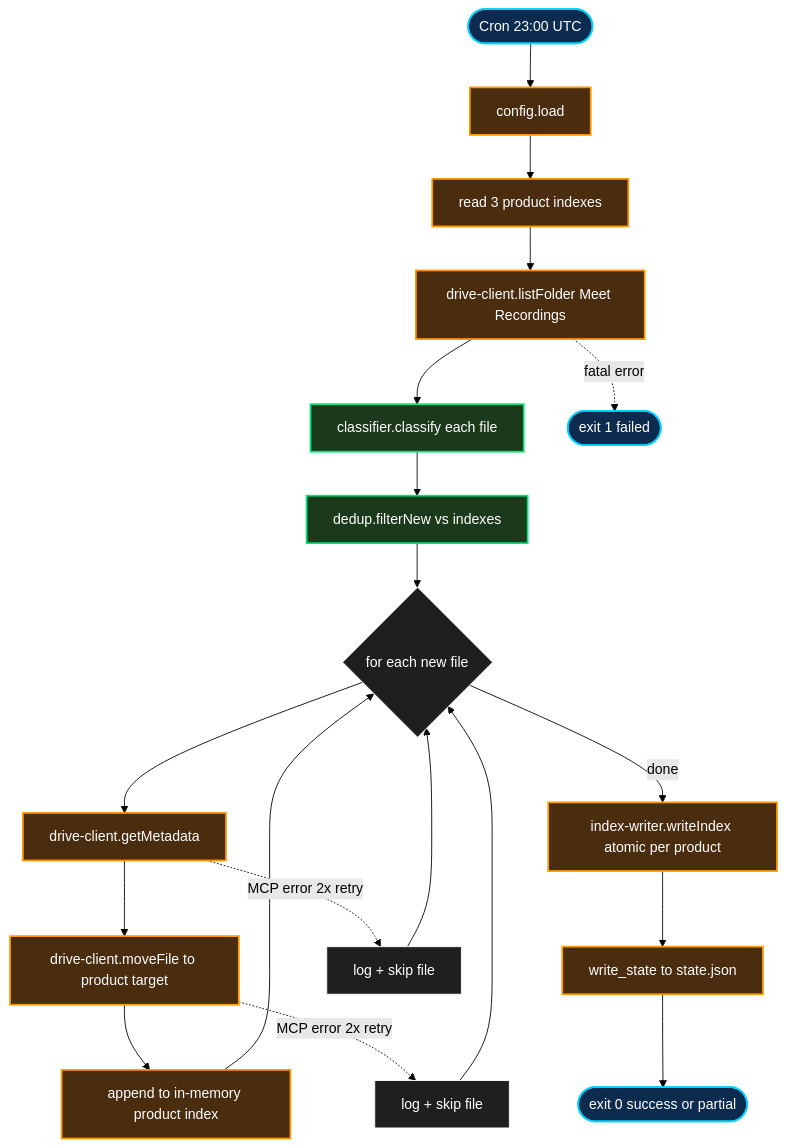
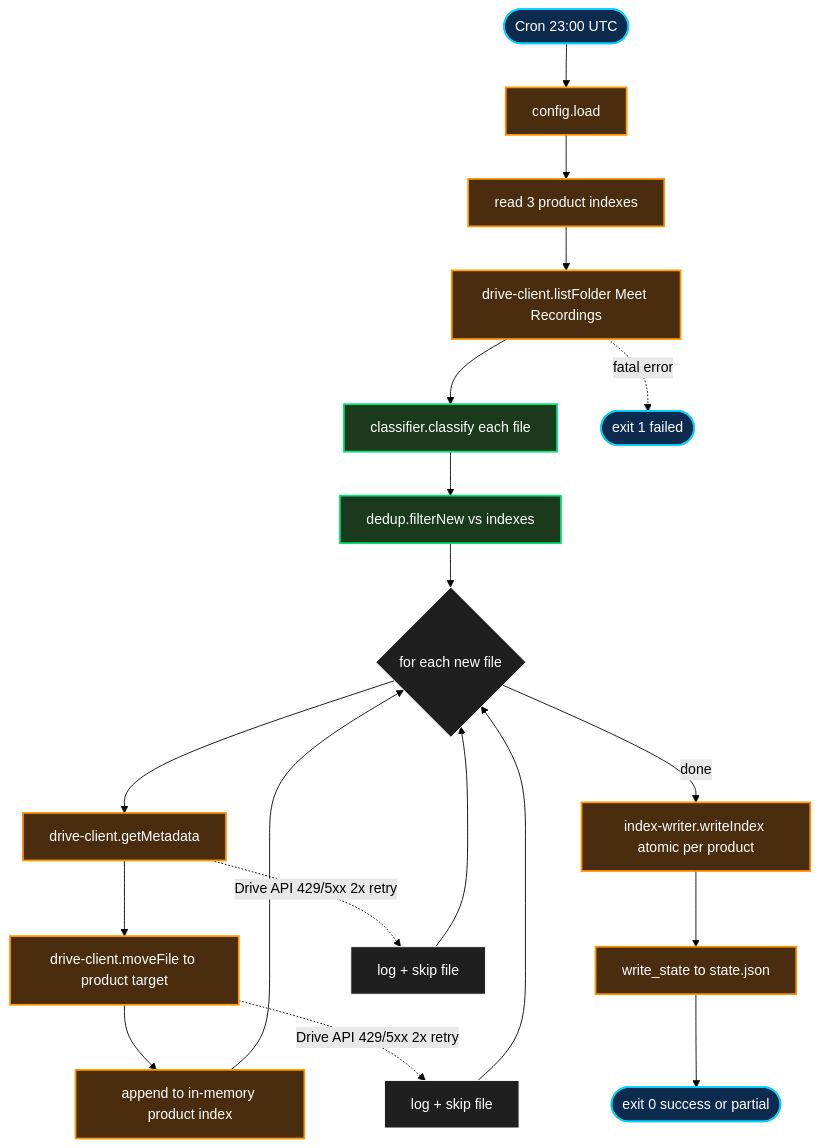
Before and after one commit to pteru/JARVIS: the diagram in docs/superpowers/specs/2026-04-15-meeting-index-design.md, drawn with Mermaid (forest theme). The commit also changed other lines of this file, not shown here.

````diff
--- a/docs/superpowers/specs/2026-04-15-meeting-index-design.md
+++ b/docs/superpowers/specs/2026-04-15-meeting-index-design.md
@@ -103,31 +104,31 @@
 ```mermaid
 flowchart TD
     START([Cron 23:00 UTC]) --> LOAD[config.load]
     LOAD --> READ_IDX[read 3 product indexes]
     READ_IDX --> SCAN[drive-client.listFolder Meet Recordings]
     SCAN --> CLASSIFY[classifier.classify each file]
     CLASSIFY --> DEDUP[dedup.filterNew vs indexes]
     DEDUP --> LOOP{for each new file}
     LOOP --> META[drive-client.getMetadata]
     META --> MOVE[drive-client.moveFile to product target]
     MOVE --> UPSERT[append to in-memory product index]
     UPSERT --> LOOP
     LOOP -->|done| WRITE_IDX[index-writer.writeIndex atomic per product]
     WRITE_IDX --> STATE[write_state to state.json]
     STATE --> DONE([exit 0 success or partial])
 
-    META -.->|MCP error 2x retry| SKIP1[log + skip file]
-    MOVE -.->|MCP error 2x retry| SKIP2[log + skip file]
+    META -.->|Drive API 429/5xx 2x retry| SKIP1[log + skip file]
+    MOVE -.->|Drive API 429/5xx 2x retry| SKIP2[log + skip file]
     SKIP1 --> LOOP
     SKIP2 --> LOOP
     SCAN -.->|fatal error| FAIL([exit 1 failed])
 
     classDef default fill:#1f1f1f,stroke:#fff,stroke-width:1px,color:#fff
     classDef pure fill:#1b3a1b,stroke:#00e676,stroke-width:2px,color:#fff
     classDef io fill:#4a2c0f,stroke:#ff9800,stroke-width:2px,color:#fff
     classDef start fill:#0d2b4e,stroke:#00d2ff,stroke-width:2px,color:#fff
 
     class START,DONE,FAIL start
     class CLASSIFY,DEDUP pure
     class LOAD,READ_IDX,SCAN,META,MOVE,UPSERT,WRITE_IDX,STATE io
 ```
````
